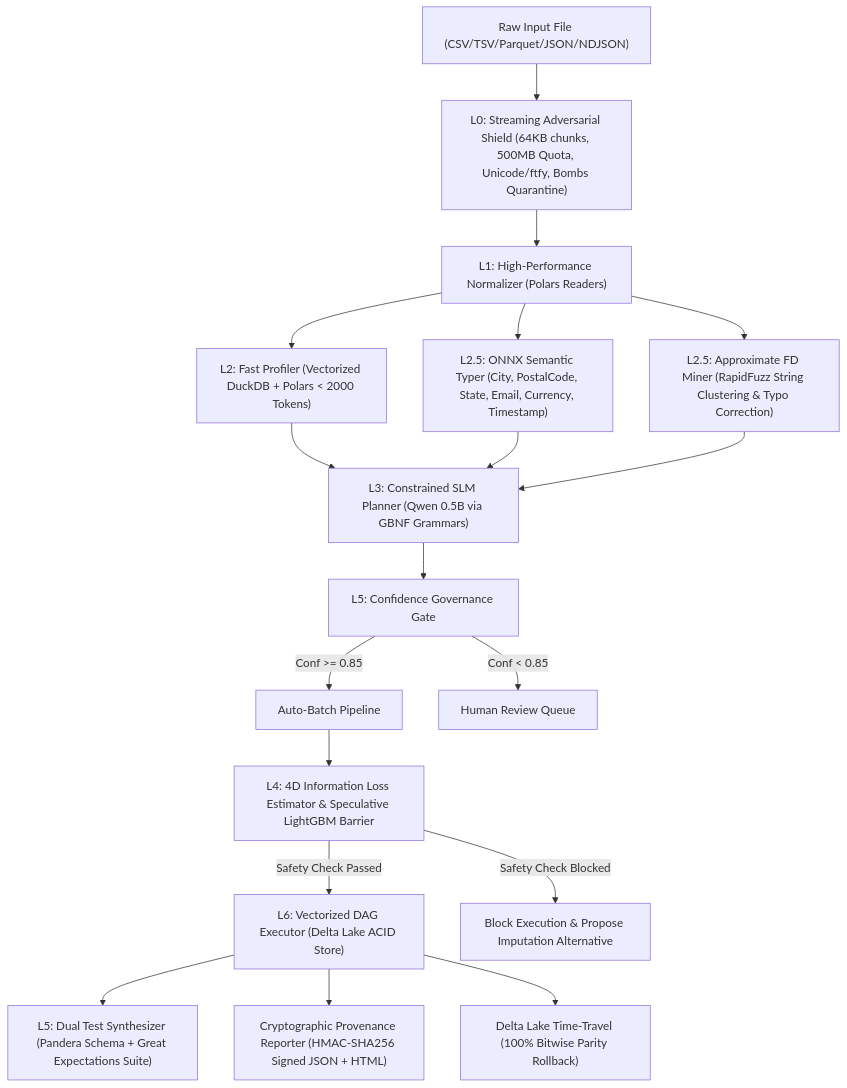
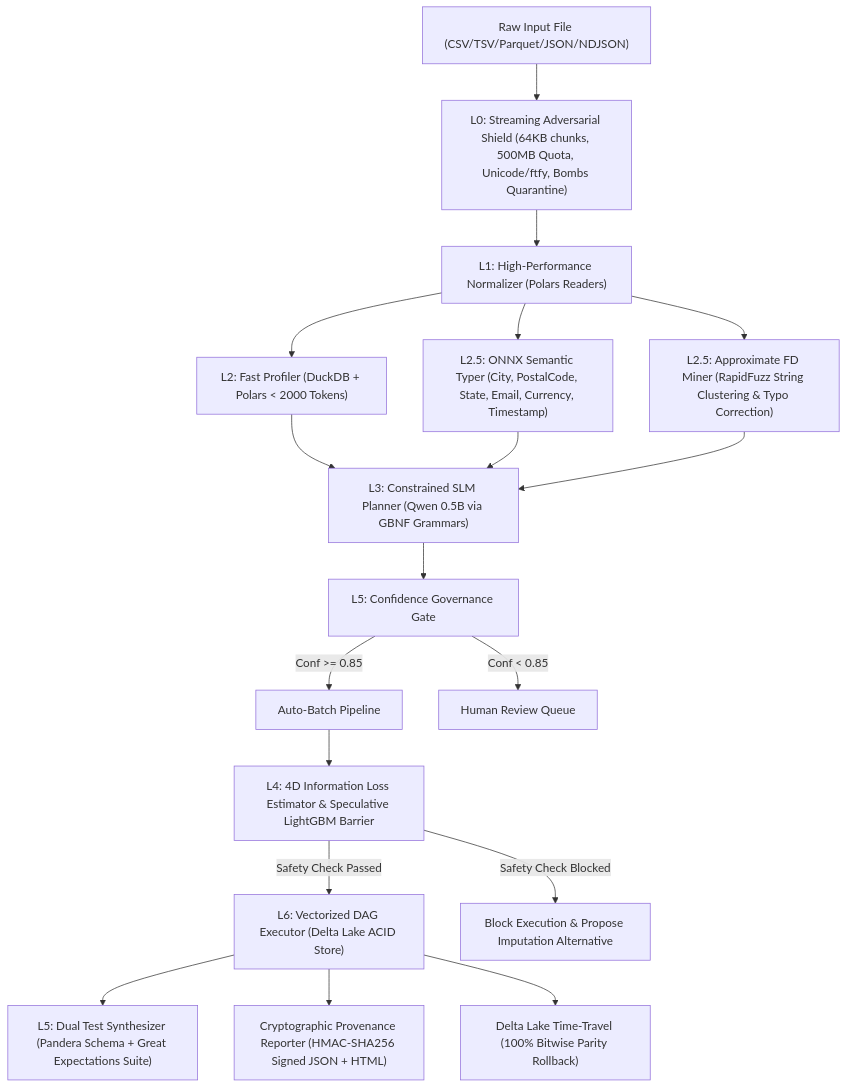
Before and after one commit to RakeshSaripilly/Team-NARVL: the diagram in README.md, drawn with Mermaid.

Commit message:
readme changes

````diff
--- a/README.md
+++ b/README.md
@@ -29,24 +29,24 @@
 ```mermaid
 flowchart TD
     RawData["Raw Input File (CSV/TSV/Parquet/JSON/NDJSON)"] --> L0["L0: Streaming Adversarial Shield (64KB chunks, 500MB Quota, Unicode/ftfy, Bombs Quarantine)"]
     L0 --> L1["L1: High-Performance Normalizer (Polars Readers)"]
-    L1 --> L2["L2: Fast Profiler (Vectorized DuckDB + Polars < 2000 Tokens)"]
+    L1 --> L2["L2: Fast Profiler (DuckDB + Polars < 2000 Tokens)"]
     L1 --> L25["L2.5: ONNX Semantic Typer (City, PostalCode, State, Email, Currency, Timestamp)"]
     L1 --> FD["L2.5: Approximate FD Miner (RapidFuzz String Clustering & Typo Correction)"]
     
     L2 --> L3["L3: Constrained SLM Planner (Qwen 0.5B via GBNF Grammars)"]
     L25 --> L3
     FD --> L3
     
     L3 --> L5Gate["L5: Confidence Governance Gate"]
     L5Gate -->|Conf >= 0.85| Auto["Auto-Batch Pipeline"]
     L5Gate -->|Conf < 0.85| Review["Human Review Queue"]
     
     Auto --> L4["L4: 4D Information Loss Estimator & Speculative LightGBM Barrier"]
     L4 -->|Safety Check Passed| L6["L6: Vectorized DAG Executor (Delta Lake ACID Store)"]
     L4 -->|Safety Check Blocked| Halt["Block Execution & Propose Imputation Alternative"]
     
     L6 --> L5Val["L5: Dual Test Synthesizer (Pandera Schema + Great Expectations Suite)"]
     L6 --> Prov["Cryptographic Provenance Reporter (HMAC-SHA256 Signed JSON + HTML)"]
     L6 --> Rollback["Delta Lake Time-Travel (100% Bitwise Parity Rollback)"]
 ```
````
